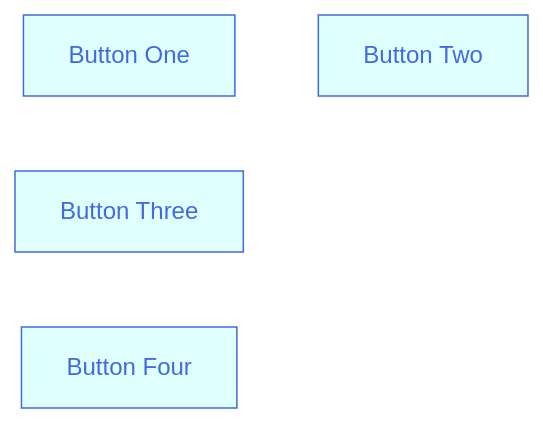
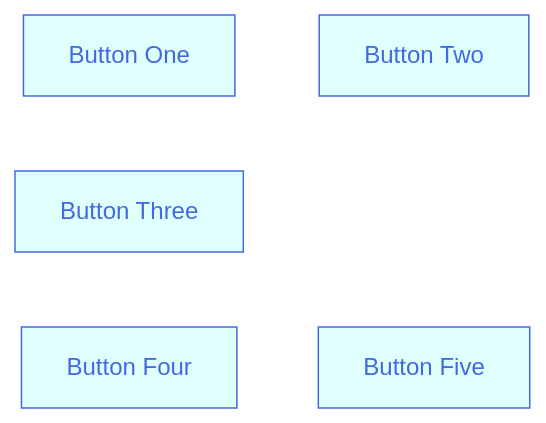
One commit to joe-dorward/samples changed the diagram in buttons_mermaid.md. Above: the diagram before and after it, drawn with Mermaid.

````diff
--- a/buttons_mermaid.md
+++ b/buttons_mermaid.md
@@ -3,23 +3,28 @@
 ```mermaid
   flowchart LR
 
   %% define styles
   classDef Button fill:lightcyan, stroke:royalblue, color:royalblue;
   %% ---------- ---------- ---------- ---------- ---------- ---------- ---------- ---------- ---------- ----------
   BUTTON_ONE[Button One]:::Button
   click BUTTON_ONE "https://en.wikipedia.org/wiki/Main_Page" _blank
   %% ---------- ---------- ---------- ---------- ---------- ---------- ---------- ---------- ---------- ----------
   BUTTON_TWO[Button Two]:::Button
   click BUTTON_TWO "[https://en.wikipedia.org/wiki/Main_Page](https://www.hastings.gov.uk/coastlinebeaches/tidetables/)" _blank
   %% ---------- ---------- ---------- ---------- ---------- ---------- ---------- ---------- ---------- ----------
   BUTTON_THREE[Button Three]:::Button
   %% ---------- ---------- ---------- ---------- ---------- ---------- ---------- ---------- ---------- ----------
   BUTTON_FOUR[Button Four]:::Button
   %% ---------- ---------- ---------- ---------- ---------- ---------- ---------- ---------- ---------- ----------
+  BUTTON_FIVE[Button Five]:::Button
+  %% ---------- ---------- ---------- ---------- ---------- ---------- ---------- ---------- ---------- ----------
   BUTTON_ONE~~~
   BUTTON_TWO
-
+  %% ---------- ---------- ---------- ---------- ---------- ---------- ---------- ---------- ---------- ----------
+  BUTTON_FOUR~~~
+  BUTTON_FIVE
+  %% ---------- ---------- ---------- ---------- ---------- ---------- ---------- ---------- ---------- ----------
 
 
 
 ```
````
